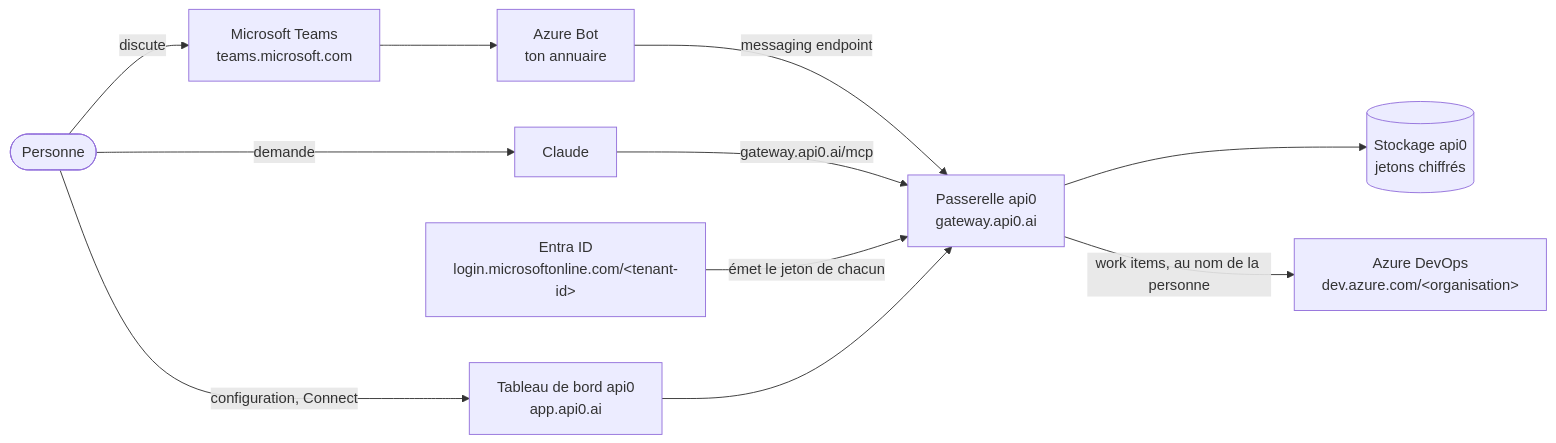
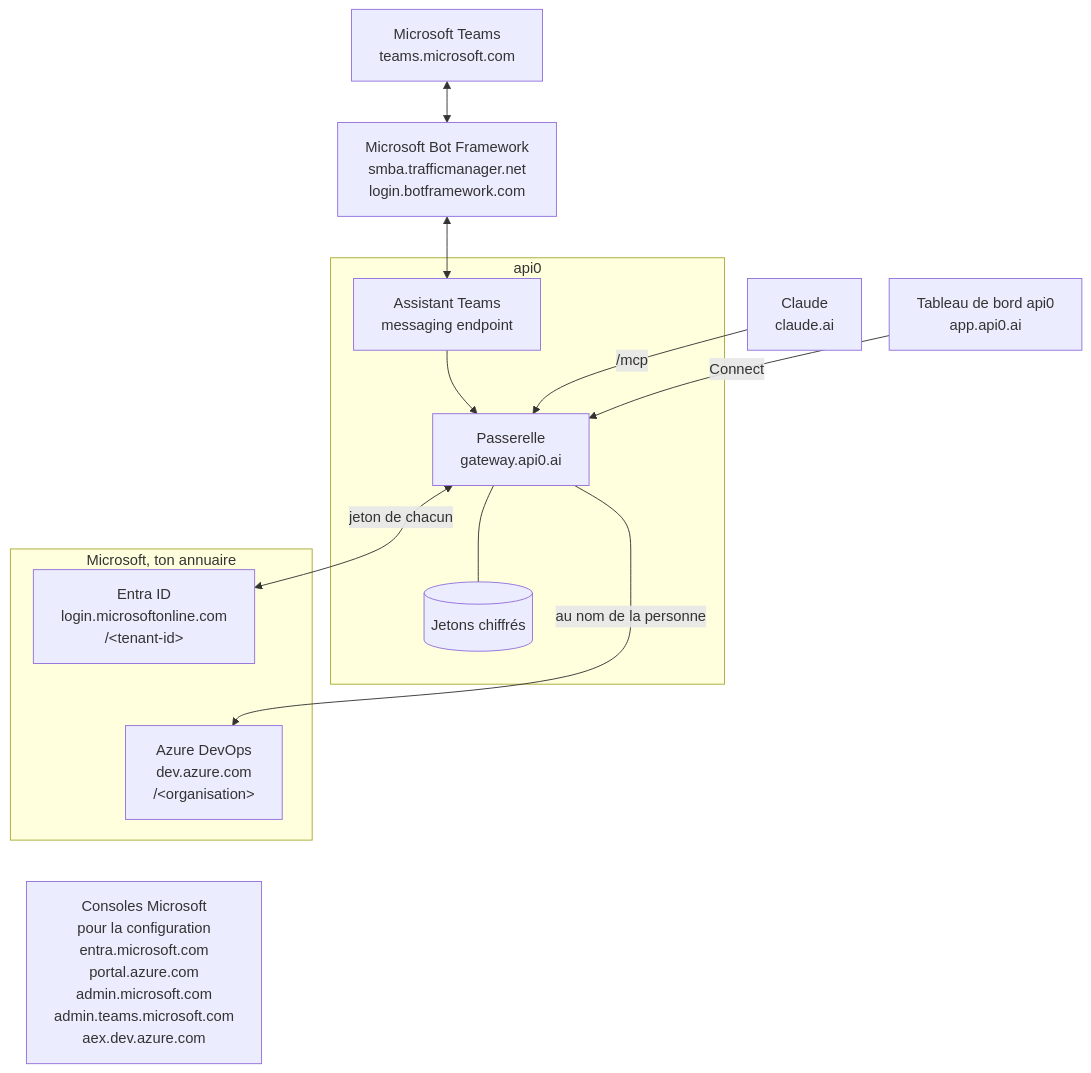
The first of 3 diagrams in content/guides/fr/05-azure-devops-connexion-microsoft.md (bennekrouf/landing-api0), drawn with Mermaid before and after one commit. The commit also changed other lines of this file and 36 other files, not shown here.

````diff
--- a/content/guides/fr/05-azure-devops-connexion-microsoft.md
+++ b/content/guides/fr/05-azure-devops-connexion-microsoft.md
@@ -28,13 +28,30 @@
 ```mermaid
-flowchart LR
-  P([Personne]) -->|discute| T[Microsoft Teams<br/>teams.microsoft.com]
-  P -->|demande| C[Claude]
-  T --> B[Azure Bot<br/>ton annuaire]
-  B -->|messaging endpoint| G[Passerelle api0<br/>gateway.api0.ai]
-  C -->|gateway.api0.ai/mcp| G
-  G --> S[(Stockage api0<br/>jetons chiffrés)]
-  G -->|work items, au nom de la personne| D[Azure DevOps<br/>dev.azure.com/&lt;organisation&gt;]
-  E[Entra ID<br/>login.microsoftonline.com/&lt;tenant-id&gt;] -->|émet le jeton de chacun| G
-  P -->|configuration, Connect| A[Tableau de bord api0<br/>app.api0.ai]
-  A --> G
+%%{init: {"flowchart": {"nodeSpacing": 30, "rankSpacing": 45}}}%%
+flowchart TB
+  T[Microsoft Teams<br/>teams.microsoft.com]
+  C[Claude<br/>claude.ai]
+  A[Tableau de bord api0<br/>app.api0.ai]
+  BF[Microsoft Bot Framework<br/>smba.trafficmanager.net<br/>login.botframework.com]
+  subgraph API0[api0]
+    W[Assistant Teams<br/>messaging endpoint]
+    G[Passerelle<br/>gateway.api0.ai]
+    S[(Jetons chiffrés)]
+  end
+  subgraph MS[Microsoft, ton annuaire]
+    E[Entra ID<br/>login.microsoftonline.com<br/>/&lt;tenant-id&gt;]
+    D[Azure DevOps<br/>dev.azure.com<br/>/&lt;organisation&gt;]
+    E ~~~ D
+  end
+  ADM[Consoles Microsoft<br/>pour la configuration<br/>entra.microsoft.com<br/>portal.azure.com<br/>admin.microsoft.com<br/>admin.teams.microsoft.com<br/>aex.dev.azure.com]
+
+  T <--> BF
+  BF <--> W
+  W --> G
+  C -->|/mcp| G
+  A -->|Connect| G
+  G --- S
+  G -->|au nom de la personne| D
+  G <-->|jeton de chacun| E
+  E ~~~ ADM
+  D ~~~ ADM
 ```
````
